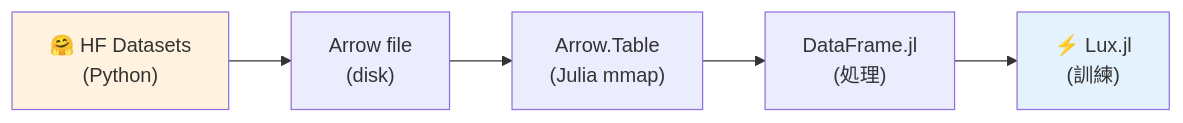
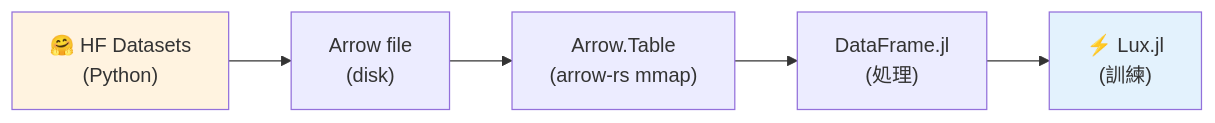
Before and after one commit to fumishiki/zenn: the second of 5 diagrams in articles/ml-lecture-21-part1.md, drawn with Mermaid. The commit also changed other lines of this file and 97 other files, not shown here.

````diff
--- a/articles/ml-lecture-21-part1.md
+++ b/articles/ml-lecture-21-part1.md
@@ -339,9 +362,9 @@
 ```mermaid
 graph LR
     A["🤗 HF Datasets<br/>(Python)"] --> B["Arrow file<br/>(disk)"]
-    B --> C["Arrow.Table<br/>(Julia mmap)"]
+    B --> C["Arrow.Table<br/>(arrow-rs mmap)"]
     C --> D["DataFrame.jl<br/>(処理)"]
     D --> E["⚡ Lux.jl<br/>(訓練)"]
     style A fill:#fff3e0
     style E fill:#e3f2fd
 ```
````
